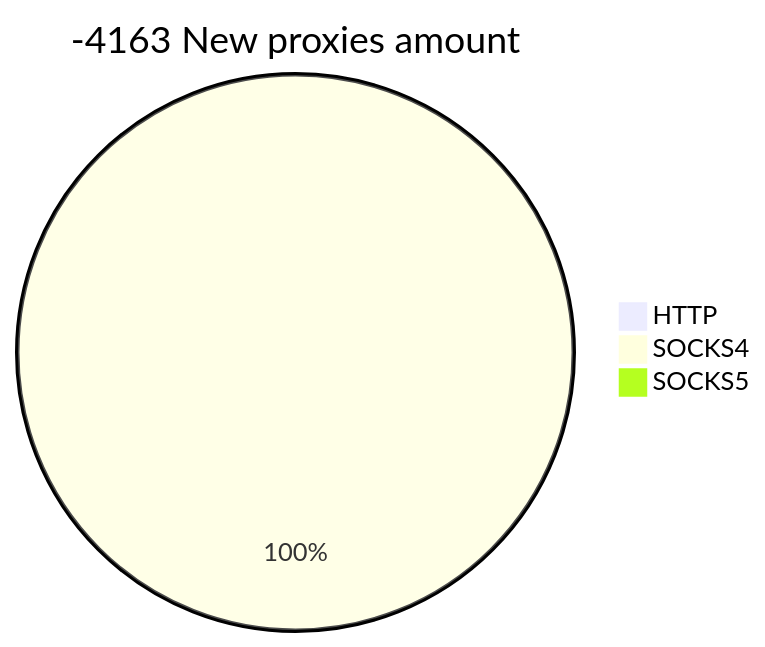
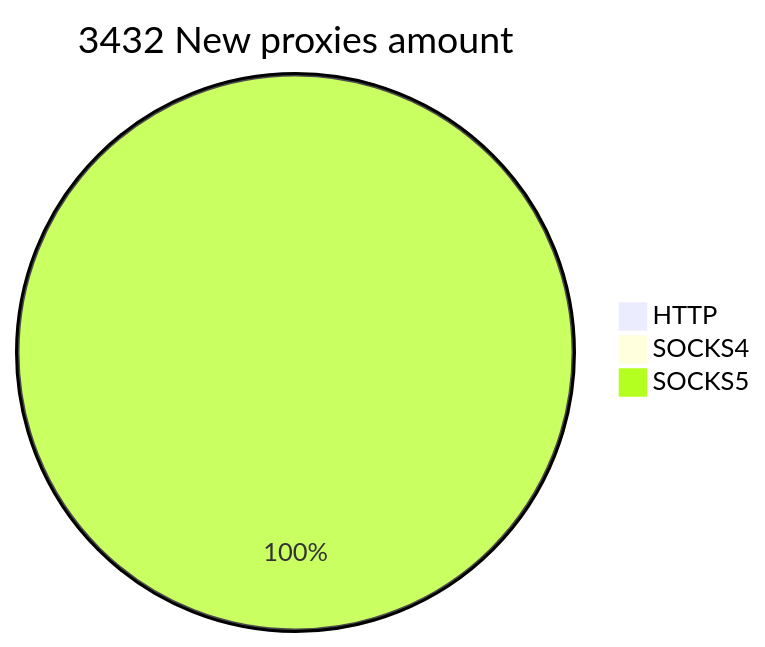
One commit to cutipu/proxylist changed the second of 2 diagrams in README.md. Above: the diagram before and after it, drawn with Mermaid. The commit also changed other lines of this file, not shown here.

````diff
--- a/README.md
+++ b/README.md
@@ -10,6 +10,6 @@
 ```mermaid
-pie title -4163 New proxies amount
+pie title 3432 New proxies amount
     "HTTP" : 0
-    "SOCKS4" : 1
-    "SOCKS5" : 0
+    "SOCKS4" : 0
+    "SOCKS5" : 4089
 ```
````
